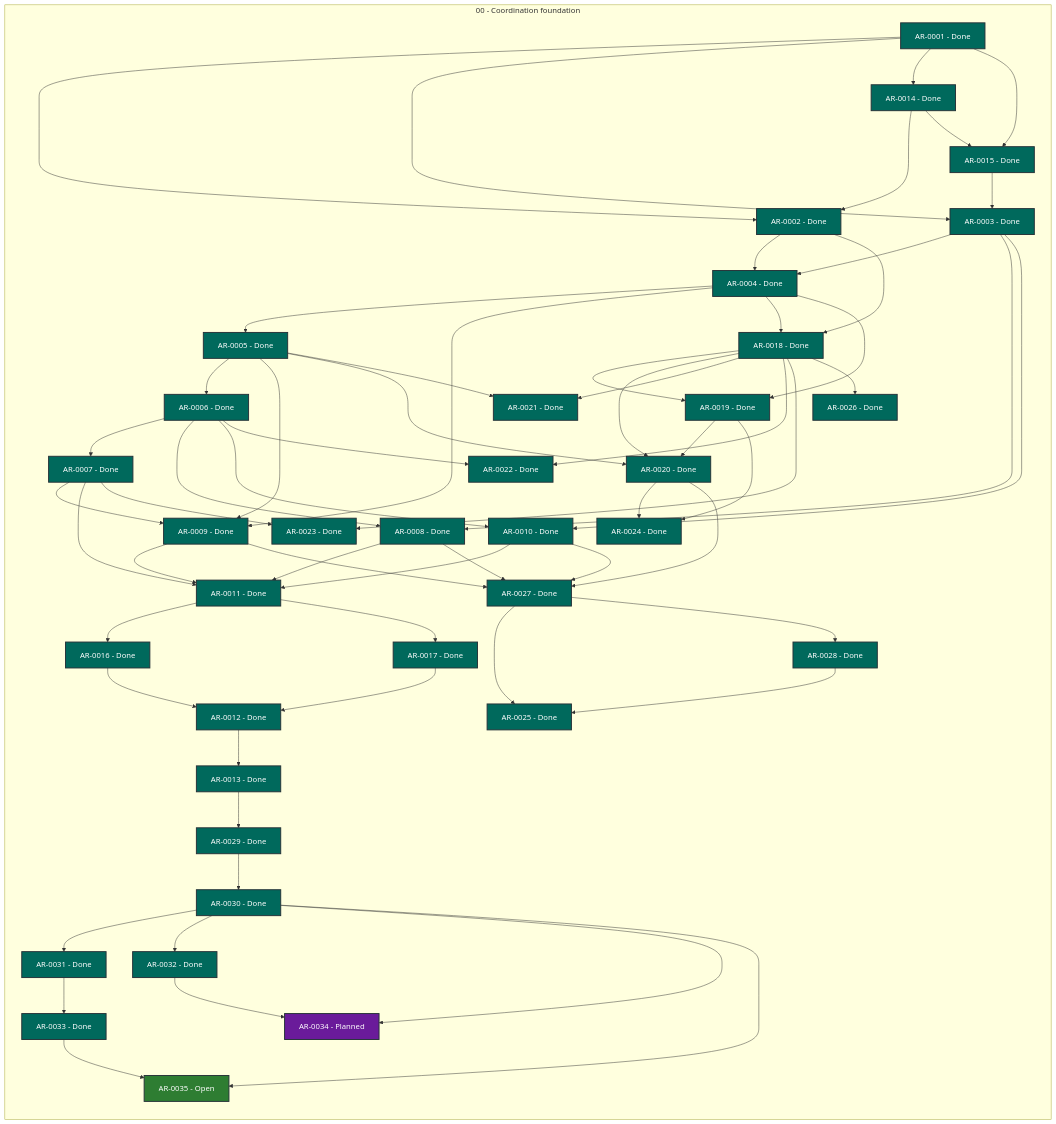
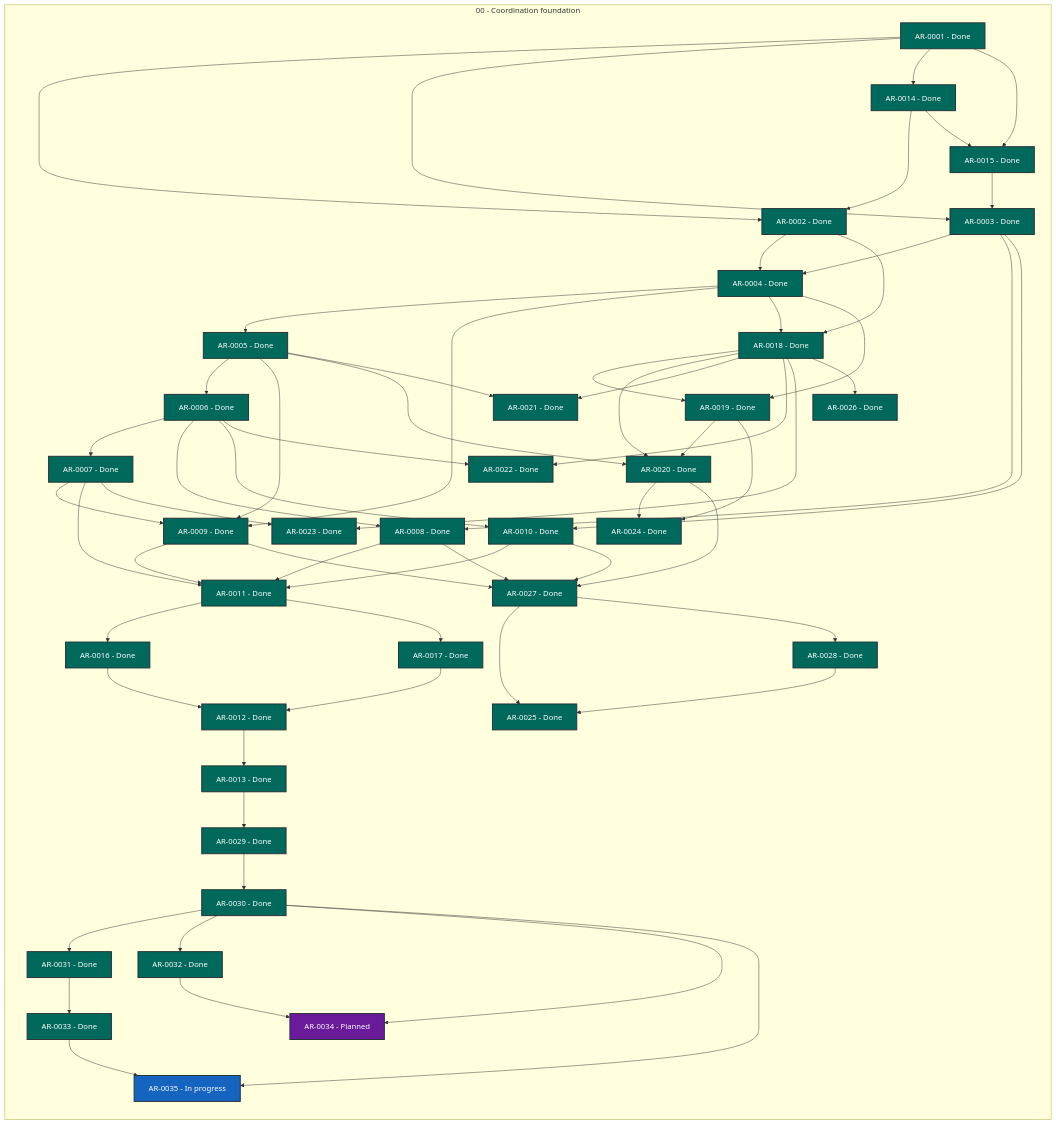
Before and after one commit to martin-beck/agent-workflow-tui-state: the diagram in STATUS.md, drawn with Mermaid. The commit also changed other lines of this file and 2 other files, not shown here.

```diff
--- a/STATUS.md
+++ b/STATUS.md
@@ -62,7 +62,7 @@
         AR_0032["AR-0032 - Done"]:::status_done
         AR_0033["AR-0033 - Done"]:::status_done
         AR_0034["AR-0034 - Planned"]:::status_planned
-        AR_0035["AR-0035 - Open"]:::status_open
+        AR_0035["AR-0035 - In progress"]:::status_in_progress
     end
     AR_0001 --> AR_0002
     AR_0001 --> AR_0003
```
